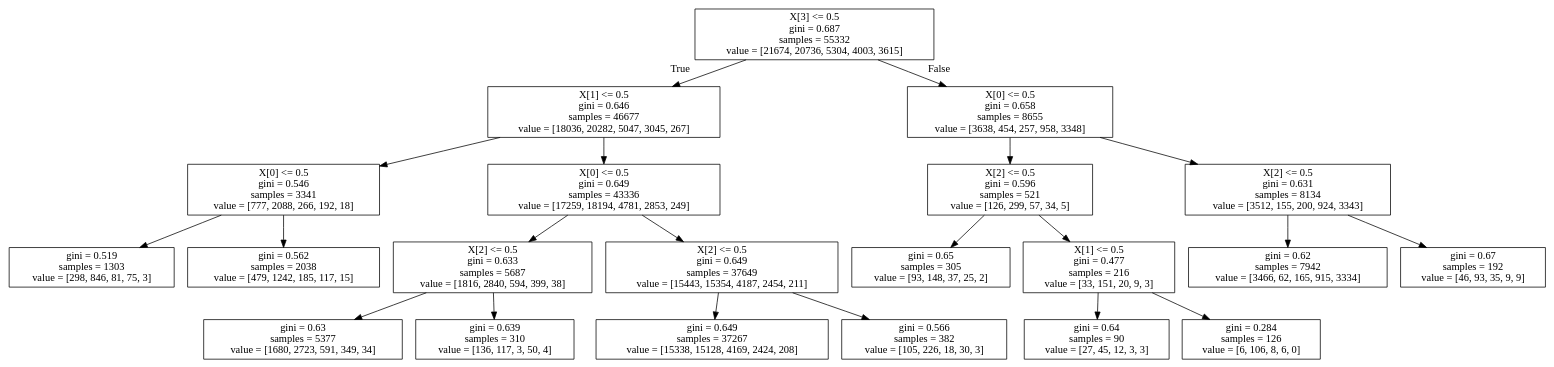
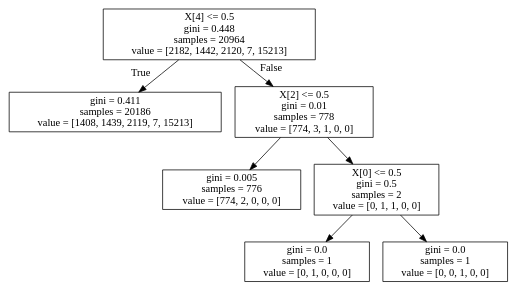
Before and after one commit to jesbu1/viper: the diagram in data/karel/ppo/0000r3+env_task=topOff+max_depth=15+n_batch_rollou=10+max_samples=100000+max_iters=80+train_frac=0.8+is_reweight=False0.750.75/dt_policy.dot, drawn with Graphviz. The commit also changed 60 other files, not shown here.

```diff
--- a/data/karel/ppo/0000r3+env_task=topOff+max_depth=15+n_batch_rollou=10+max_samples=100000+max_iters=80+train_frac=0.8+is_reweight=False0.750.75/dt_policy.dot
+++ b/data/karel/ppo/0000r3+env_task=topOff+max_depth=15+n_batch_rollou=10+max_samples=100000+max_iters=80+train_frac=0.8+is_reweight=False0.750.75/dt_policy.dot
@@ -1,44 +1,16 @@
 digraph Tree {
 node [shape=box] ;
-0 [label="X[3] <= 0.5\ngini = 0.687\nsamples = 55332\nvalue = [21674, 20736, 5304, 4003, 3615]"] ;
-1 [label="X[1] <= 0.5\ngini = 0.646\nsamples = 46677\nvalue = [18036, 20282, 5047, 3045, 267]"] ;
+0 [label="X[4] <= 0.5\ngini = 0.448\nsamples = 20964\nvalue = [2182, 1442, 2120, 7, 15213]"] ;
+1 [label="gini = 0.411\nsamples = 20186\nvalue = [1408, 1439, 2119, 7, 15213]"] ;
 0 -> 1 [labeldistance=2.5, labelangle=45, headlabel="True"] ;
-2 [label="X[0] <= 0.5\ngini = 0.546\nsamples = 3341\nvalue = [777, 2088, 266, 192, 18]"] ;
-1 -> 2 ;
-3 [label="gini = 0.519\nsamples = 1303\nvalue = [298, 846, 81, 75, 3]"] ;
+2 [label="X[2] <= 0.5\ngini = 0.01\nsamples = 778\nvalue = [774, 3, 1, 0, 0]"] ;
+0 -> 2 [labeldistance=2.5, labelangle=-45, headlabel="False"] ;
+3 [label="gini = 0.005\nsamples = 776\nvalue = [774, 2, 0, 0, 0]"] ;
 2 -> 3 ;
-4 [label="gini = 0.562\nsamples = 2038\nvalue = [479, 1242, 185, 117, 15]"] ;
+4 [label="X[0] <= 0.5\ngini = 0.5\nsamples = 2\nvalue = [0, 1, 1, 0, 0]"] ;
 2 -> 4 ;
-5 [label="X[0] <= 0.5\ngini = 0.649\nsamples = 43336\nvalue = [17259, 18194, 4781, 2853, 249]"] ;
-1 -> 5 ;
-6 [label="X[2] <= 0.5\ngini = 0.633\nsamples = 5687\nvalue = [1816, 2840, 594, 399, 38]"] ;
-5 -> 6 ;
-7 [label="gini = 0.63\nsamples = 5377\nvalue = [1680, 2723, 591, 349, 34]"] ;
-6 -> 7 ;
-8 [label="gini = 0.639\nsamples = 310\nvalue = [136, 117, 3, 50, 4]"] ;
-6 -> 8 ;
-9 [label="X[2] <= 0.5\ngini = 0.649\nsamples = 37649\nvalue = [15443, 15354, 4187, 2454, 211]"] ;
-5 -> 9 ;
-10 [label="gini = 0.649\nsamples = 37267\nvalue = [15338, 15128, 4169, 2424, 208]"] ;
-9 -> 10 ;
-11 [label="gini = 0.566\nsamples = 382\nvalue = [105, 226, 18, 30, 3]"] ;
-9 -> 11 ;
-12 [label="X[0] <= 0.5\ngini = 0.658\nsamples = 8655\nvalue = [3638, 454, 257, 958, 3348]"] ;
-0 -> 12 [labeldistance=2.5, labelangle=-45, headlabel="False"] ;
-13 [label="X[2] <= 0.5\ngini = 0.596\nsamples = 521\nvalue = [126, 299, 57, 34, 5]"] ;
-12 -> 13 ;
-14 [label="gini = 0.65\nsamples = 305\nvalue = [93, 148, 37, 25, 2]"] ;
-13 -> 14 ;
-15 [label="X[1] <= 0.5\ngini = 0.477\nsamples = 216\nvalue = [33, 151, 20, 9, 3]"] ;
-13 -> 15 ;
-16 [label="gini = 0.64\nsamples = 90\nvalue = [27, 45, 12, 3, 3]"] ;
-15 -> 16 ;
-17 [label="gini = 0.284\nsamples = 126\nvalue = [6, 106, 8, 6, 0]"] ;
-15 -> 17 ;
-18 [label="X[2] <= 0.5\ngini = 0.631\nsamples = 8134\nvalue = [3512, 155, 200, 924, 3343]"] ;
-12 -> 18 ;
-19 [label="gini = 0.62\nsamples = 7942\nvalue = [3466, 62, 165, 915, 3334]"] ;
-18 -> 19 ;
-20 [label="gini = 0.67\nsamples = 192\nvalue = [46, 93, 35, 9, 9]"] ;
-18 -> 20 ;
+5 [label="gini = 0.0\nsamples = 1\nvalue = [0, 1, 0, 0, 0]"] ;
+4 -> 5 ;
+6 [label="gini = 0.0\nsamples = 1\nvalue = [0, 0, 1, 0, 0]"] ;
+4 -> 6 ;
 }
```
